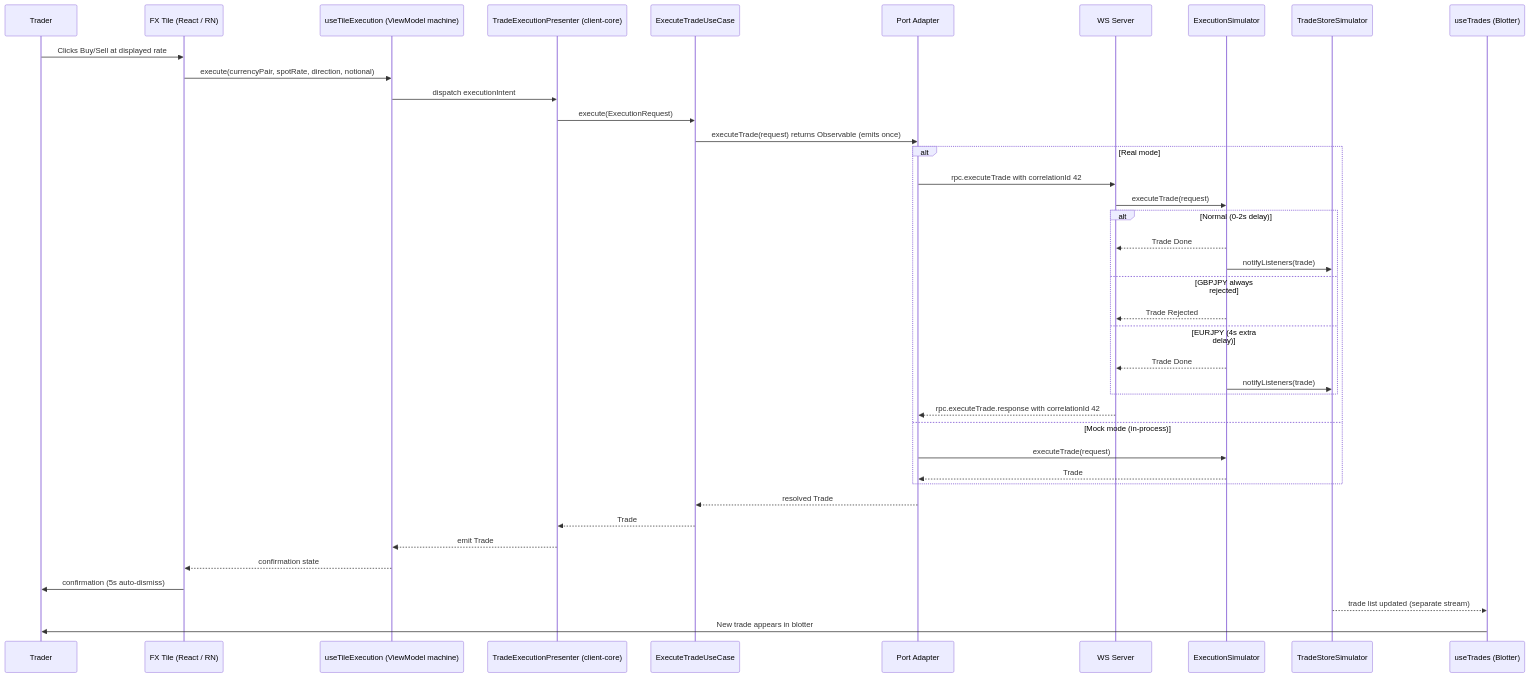
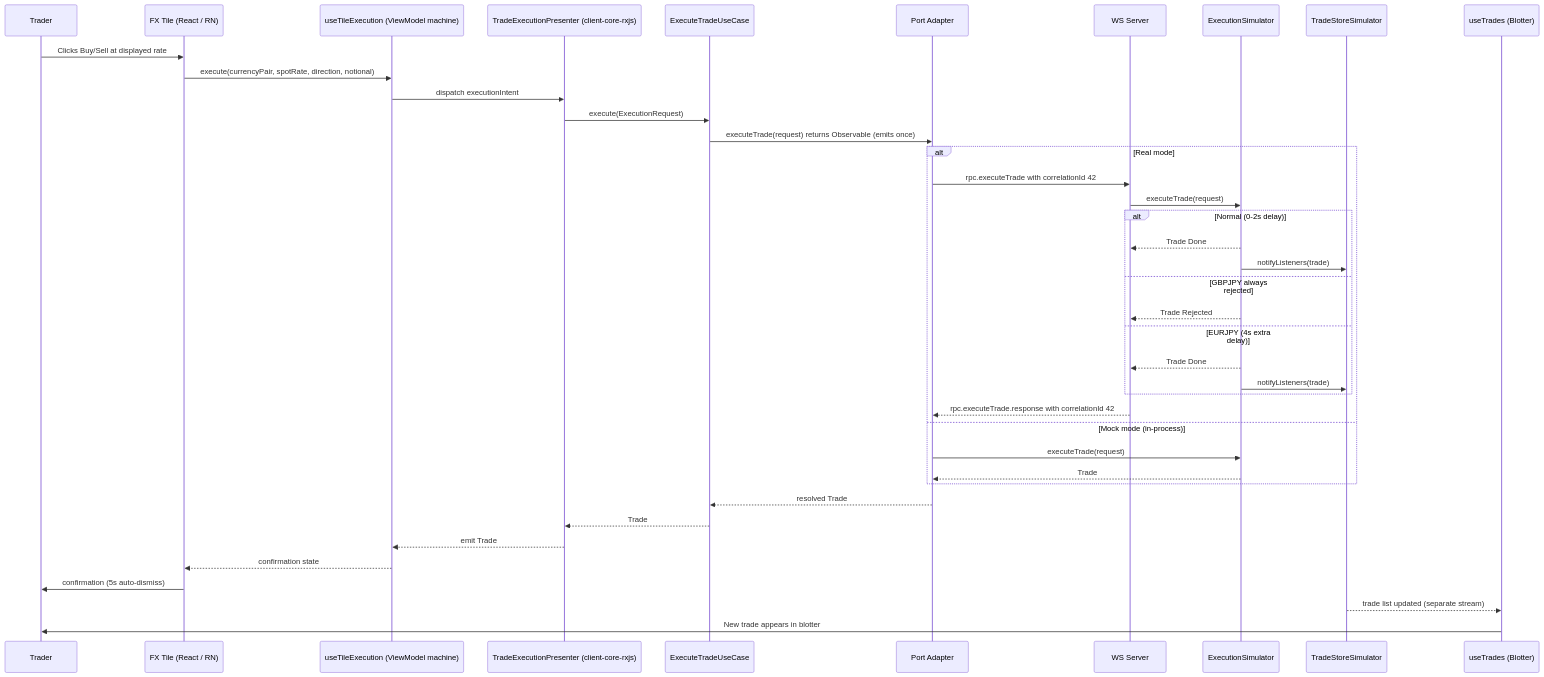
The second of 4 diagrams in docs/architecture/04-sequence-diagrams.md (bettersoftware-io/ReactiveTraderCloudClone), drawn with Mermaid before and after one commit. The commit also changed other lines of this file and 43 other files, not shown here.

````diff
--- a/docs/architecture/04-sequence-diagrams.md
+++ b/docs/architecture/04-sequence-diagrams.md
@@ -50,46 +50,46 @@
 ```mermaid
 sequenceDiagram
     participant Trader
     participant Tile as FX Tile (React / RN)
     participant Hook as useTileExecution (ViewModel machine)
-    participant Presenter as TradeExecutionPresenter (client-core)
+    participant Presenter as TradeExecutionPresenter (client-core-rxjs)
     participant UC as ExecuteTradeUseCase
     participant Adapter as Port Adapter
     participant Server as WS Server
     participant ExecSim as ExecutionSimulator
     participant Store as TradeStoreSimulator
     participant BlotterHook as useTrades (Blotter)
 
     Trader->>Tile: Clicks Buy/Sell at displayed rate
     Tile->>Hook: execute(currencyPair, spotRate, direction, notional)
     Hook->>Presenter: dispatch executionIntent
     Presenter->>UC: execute(ExecutionRequest)
     UC->>Adapter: executeTrade(request) returns Observable (emits once)
 
     alt Real mode
         Adapter->>Server: rpc.executeTrade with correlationId 42
         Server->>ExecSim: executeTrade(request)
         alt Normal (0-2s delay)
             ExecSim-->>Server: Trade Done
             ExecSim->>Store: notifyListeners(trade)
         else GBPJPY always rejected
             ExecSim-->>Server: Trade Rejected
         else EURJPY (4s extra delay)
             ExecSim-->>Server: Trade Done
             ExecSim->>Store: notifyListeners(trade)
         end
         Server-->>Adapter: rpc.executeTrade.response with correlationId 42
     else Mock mode (in-process)
         Adapter->>ExecSim: executeTrade(request)
         ExecSim-->>Adapter: Trade
     end
 
     Adapter-->>UC: resolved Trade
     UC-->>Presenter: Trade
     Presenter-->>Hook: emit Trade
     Hook-->>Tile: confirmation state
     Tile->>Trader: confirmation (5s auto-dismiss)
 
     Store-->>BlotterHook: trade list updated (separate stream)
     BlotterHook->>Trader: New trade appears in blotter
 ```
````
